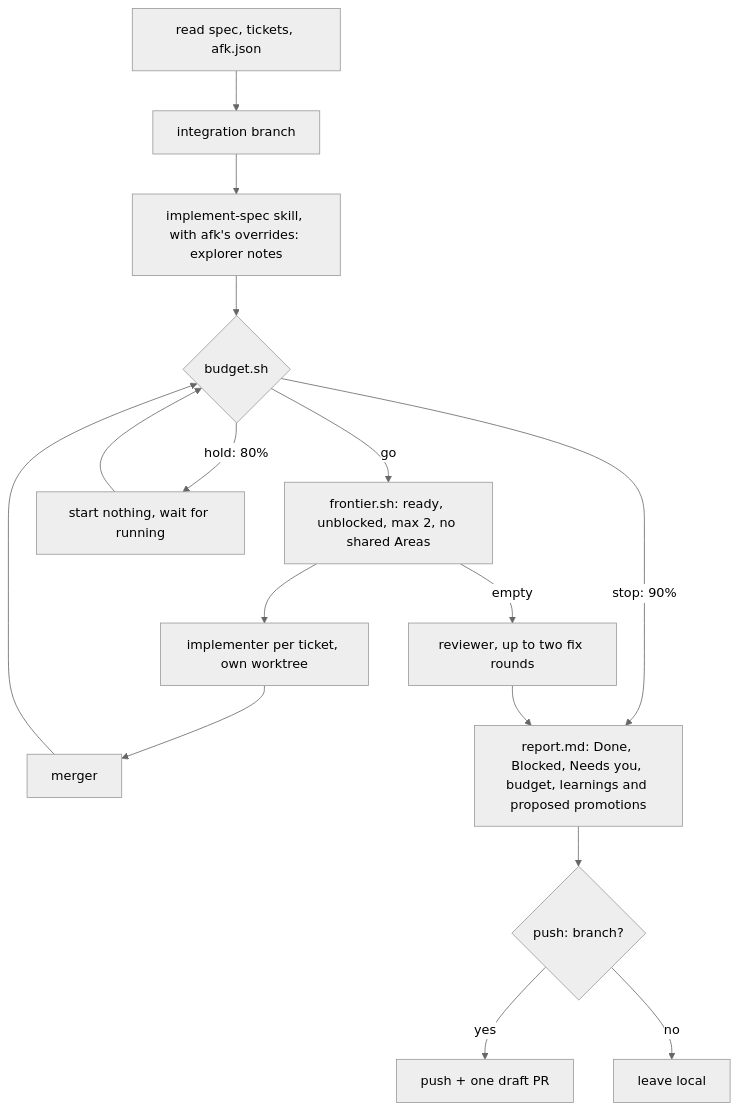
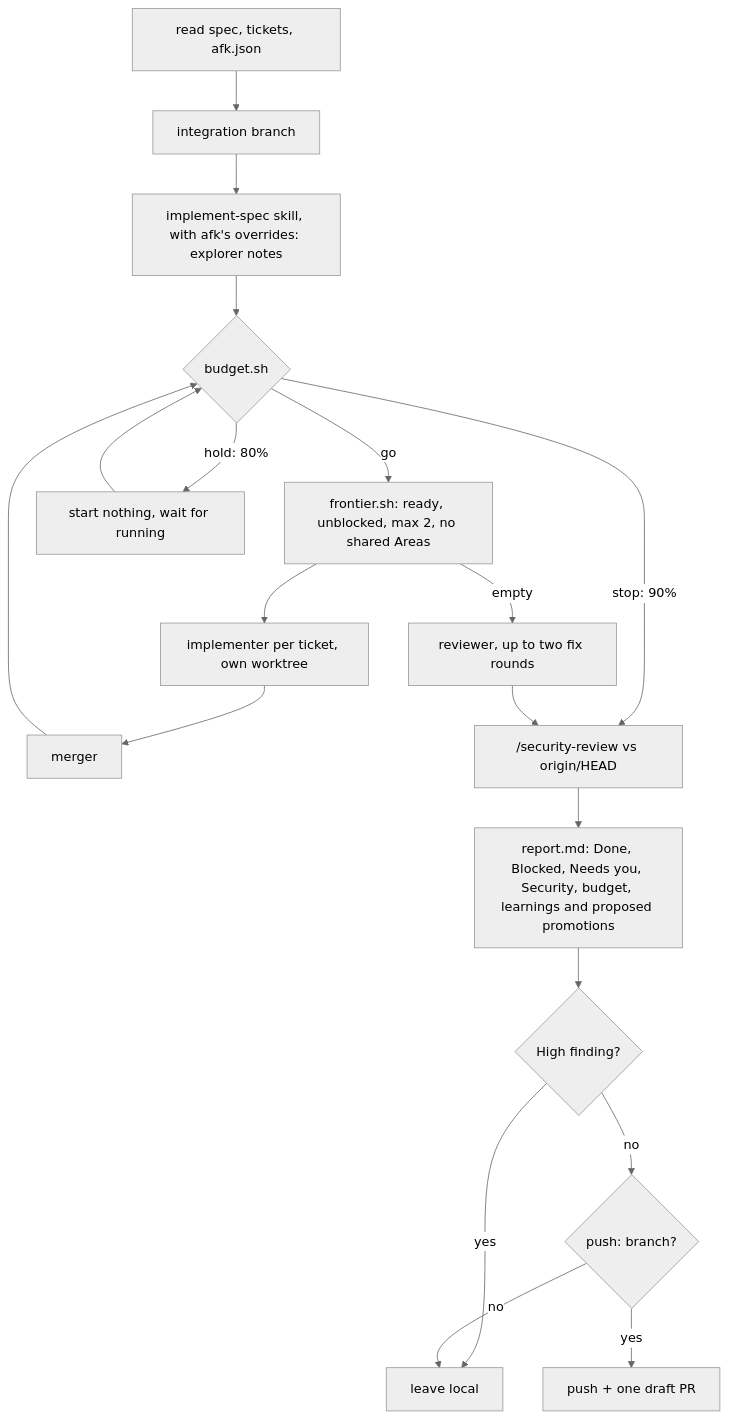
Before and after one commit to willianjusten/agent-skills: the diagram in skills/engineering/afk/README.md, drawn with Mermaid (neutral theme). The commit also changed other lines of this file and 2 other files, not shown here.

Commit message:
feat(afk): run /security-review before push and block on High findings

````diff
--- a/skills/engineering/afk/README.md
+++ b/skills/engineering/afk/README.md
@@ -7,18 +7,21 @@
 ```mermaid
 flowchart TD
     READ[read spec, tickets, afk.json] --> BR[integration branch]
     BR --> IS[implement-spec skill, with afk's overrides: explorer notes]
     IS --> BUD{budget.sh}
     BUD -->|go| FR[frontier.sh: ready, unblocked, max 2, no shared Areas]
     FR --> IMP[implementer per ticket, own worktree]
     IMP --> MRG[merger]
     MRG --> BUD
     BUD -->|hold: 80%| WAIT[start nothing, wait for running]
     WAIT --> BUD
-    BUD -->|stop: 90%| REP
+    BUD -->|stop: 90%| SEC
     FR -->|empty| REV[reviewer, up to two fix rounds]
-    REV --> REP[report.md: Done, Blocked, Needs you, budget, learnings and proposed promotions]
-    REP --> PUSH{"push: branch?"}
+    REV --> SEC["/security-review vs origin/HEAD"]
+    SEC --> REP[report.md: Done, Blocked, Needs you, Security, budget, learnings and proposed promotions]
+    REP --> HIGH{High finding?}
+    HIGH -->|yes| LOCAL
+    HIGH -->|no| PUSH{"push: branch?"}
     PUSH -->|yes| PR[push + one draft PR]
     PUSH -->|no| LOCAL[leave local]
 ```
````
